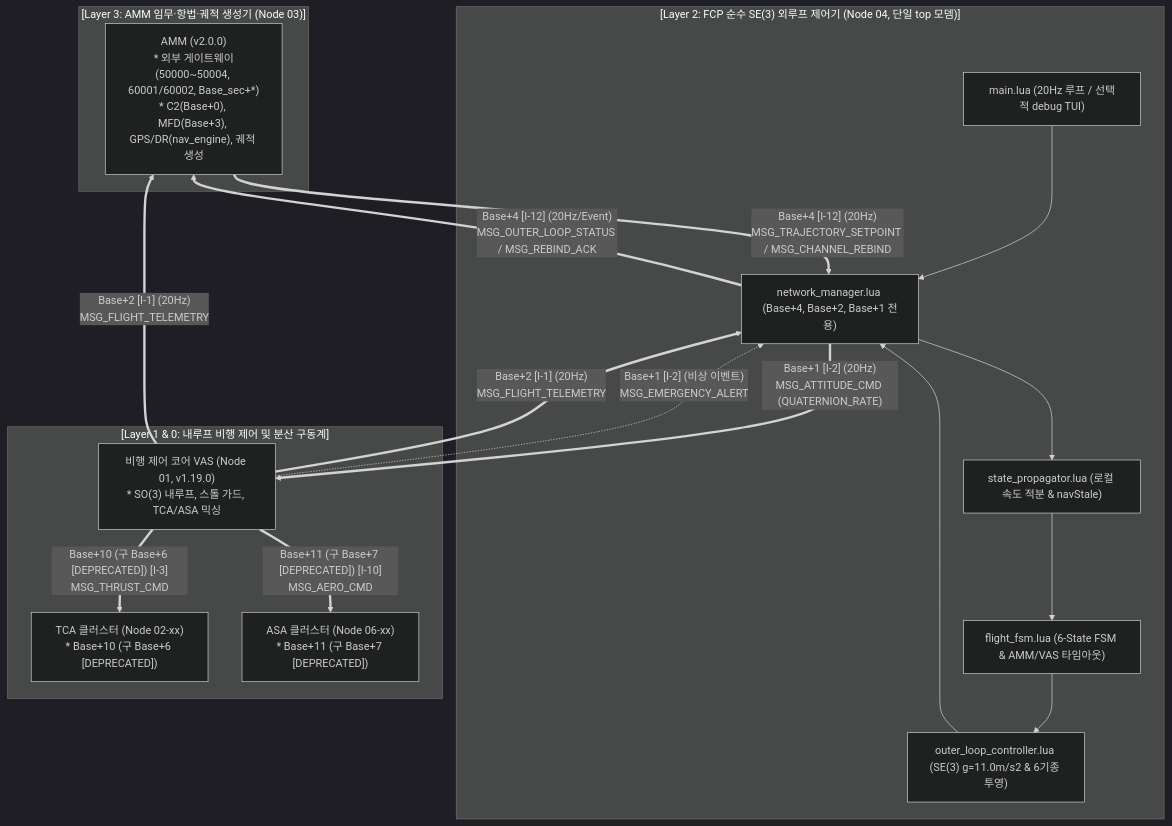
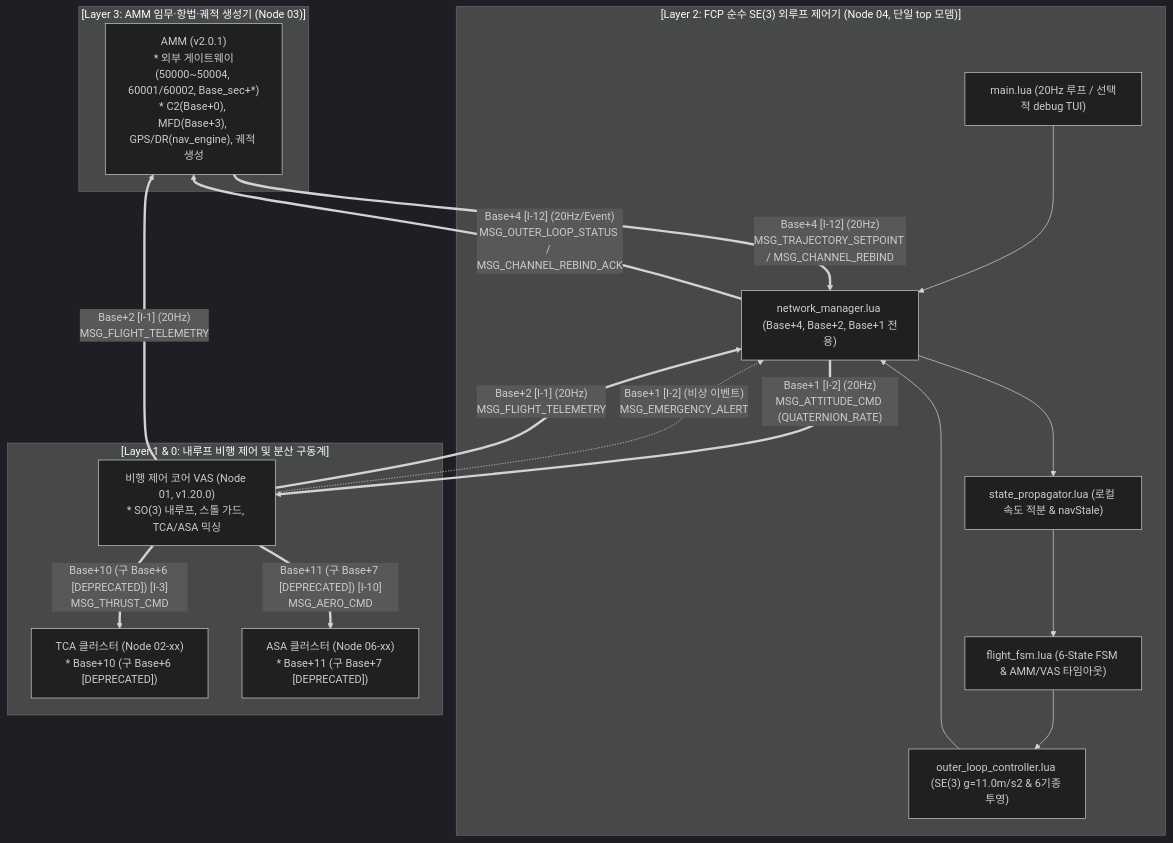
Before and after one commit to Polimachi/Aeroneutics_Autopilot: the first of 5 diagrams in docs/specs/2_guidance/fcp/FCP_PROGRAM_SPECIFICATION.md, drawn with Mermaid (dark theme). The commit also changed other lines of this file and 143 other files, not shown here.

````diff
--- a/docs/specs/2_guidance/fcp/FCP_PROGRAM_SPECIFICATION.md
+++ b/docs/specs/2_guidance/fcp/FCP_PROGRAM_SPECIFICATION.md
@@ -74,34 +75,34 @@
 ```mermaid
 flowchart TD
     subgraph AMM_LAYER["[Layer 3: AMM 임무·항법·궤적 생성기 (Node 03)]"]
-        AMM["AMM (v2.0.0)<br/>* 외부 게이트웨이(50000~50004, 60001/60002, Base_sec+*)<br/>* C2(Base+0), MFD(Base+3), GPS/DR(nav_engine), 궤적 생성"]
+        AMM["AMM (v2.0.1)<br/>* 외부 게이트웨이(50000~50004, 60001/60002, Base_sec+*)<br/>* C2(Base+0), MFD(Base+3), GPS/DR(nav_engine), 궤적 생성"]
     end
 
     subgraph FCP_NODE["[Layer 2: FCP 순수 SE(3) 외루프 제어기 (Node 04, 단일 top 모뎀)]"]
         FCP_MAIN["main.lua (20Hz 루프 / 선택적 debug TUI)"]
         NET_MGR["network_manager.lua (Base+4, Base+2, Base+1 전용)"]
         PROP["state_propagator.lua (로컬 속도 적분 & navStale)"]
         OUTER["outer_loop_controller.lua (SE(3) g=11.0m/s2 & 6기종 투영)"]
         FSM["flight_fsm.lua (6-State FSM & AMM/VAS 타임아웃)"]
         FCP_MAIN --> NET_MGR
         NET_MGR --> PROP
         PROP --> FSM
         FSM --> OUTER
         OUTER --> NET_MGR
     end
 
     subgraph ACTUATION_SUBSYSTEM["[Layer 1 & 0: 내루프 비행 제어 및 분산 구동계]"]
-        CORE["비행 제어 코어 VAS (Node 01, v1.19.0)<br/>* SO(3) 내루프, 스톨 가드, TCA/ASA 믹싱"]
+        CORE["비행 제어 코어 VAS (Node 01, v1.20.0)<br/>* SO(3) 내루프, 스톨 가드, TCA/ASA 믹싱"]
         TCA["TCA 클러스터 (Node 02-xx)<br/>* Base+10 (구 Base+6 [DEPRECATED])"]
         ASA["ASA 클러스터 (Node 06-xx)<br/>* Base+11 (구 Base+7 [DEPRECATED])"]
     end
 
     AMM ==>|"Base+4 [I-12] (20Hz)<br/>MSG_TRAJECTORY_SETPOINT / MSG_CHANNEL_REBIND"| NET_MGR
-    NET_MGR ==>|"Base+4 [I-12] (20Hz/Event)<br/>MSG_OUTER_LOOP_STATUS / MSG_REBIND_ACK"| AMM
+    NET_MGR ==>|"Base+4 [I-12] (20Hz/Event)<br/>MSG_OUTER_LOOP_STATUS / MSG_CHANNEL_REBIND_ACK"| AMM
     NET_MGR ==>|"Base+1 [I-2] (20Hz)<br/>MSG_ATTITUDE_CMD (QUATERNION_RATE)"| CORE
     CORE -.->|"Base+1 [I-2] (비상 이벤트)<br/>MSG_EMERGENCY_ALERT"| NET_MGR
     CORE ==>|"Base+2 [I-1] (20Hz)<br/>MSG_FLIGHT_TELEMETRY"| NET_MGR
     CORE ==>|"Base+2 [I-1] (20Hz)<br/>MSG_FLIGHT_TELEMETRY"| AMM
     CORE ==>|"Base+10 (구 Base+6 [DEPRECATED]) [I-3]<br/>MSG_THRUST_CMD"| TCA
     CORE ==>|"Base+11 (구 Base+7 [DEPRECATED]) [I-10]<br/>MSG_AERO_CMD"| ASA
 ```
````
